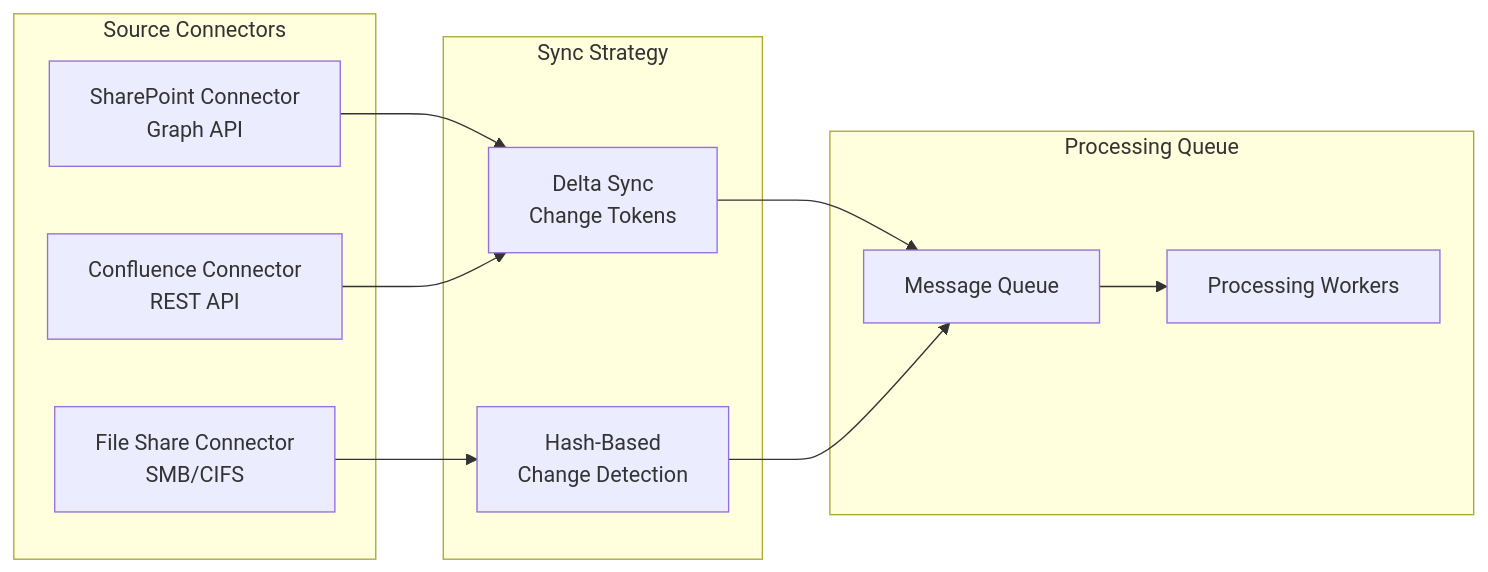
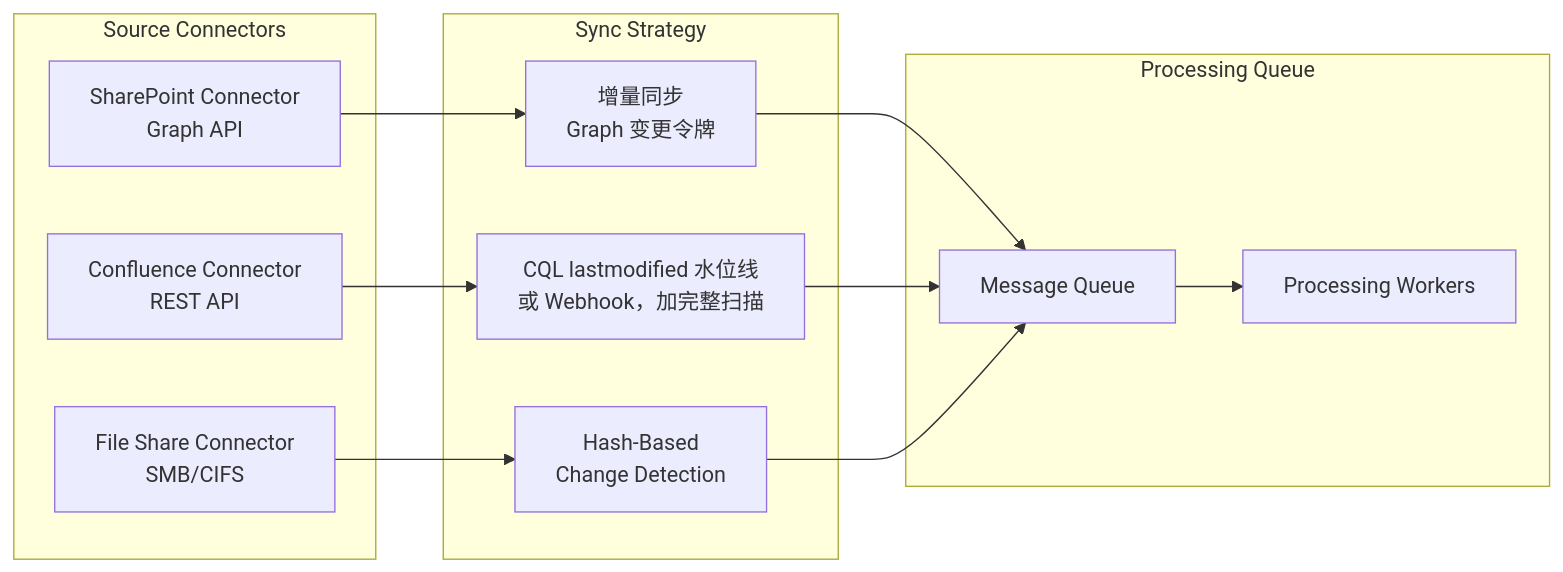
One commit to ChiHoc/ai-system-design-guide-zh changed the second of 2 diagrams in 16-case-studies/15-knowledge-management.md. Above: the diagram before and after it, drawn with Mermaid. The commit also changed other lines of this file and 100 other files, not shown here.

````diff
--- a/16-case-studies/15-knowledge-management.md
+++ b/16-case-studies/15-knowledge-management.md
@@ -127,20 +127,21 @@
 ```mermaid
 flowchart LR
     subgraph Connectors["Source Connectors"]
         C1[SharePoint Connector<br/>Graph API]
         C2[Confluence Connector<br/>REST API]
         C3[File Share Connector<br/>SMB/CIFS]
     end
 
     subgraph Sync["Sync Strategy"]
-        C1 --> DELTA[Delta Sync<br/>Change Tokens]
-        C2 --> DELTA
+        C1 --> DELTA[增量同步<br/>Graph 变更令牌]
+        C2 --> CQL[CQL lastmodified 水位线<br/>或 Webhook，加完整扫描]
         C3 --> HASH[Hash-Based<br/>Change Detection]
     end
 
     subgraph Queue["Processing Queue"]
         DELTA --> Q[Message Queue]
+        CQL --> Q
         HASH --> Q
         Q --> WORKER[Processing Workers]
     end
 ```
````
